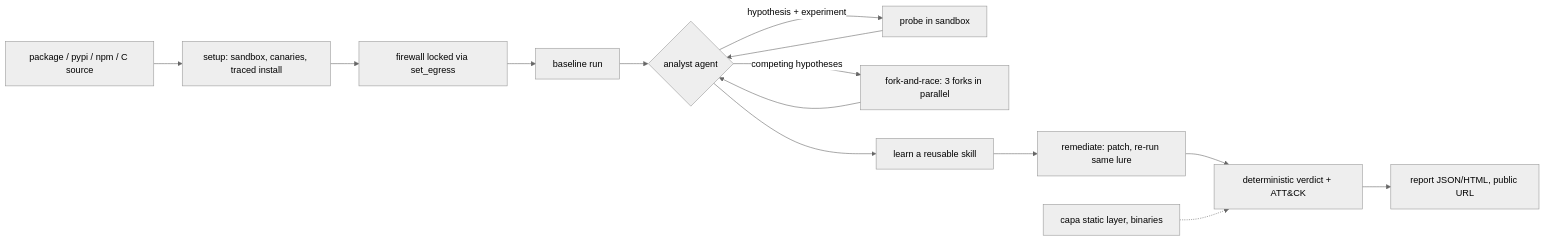
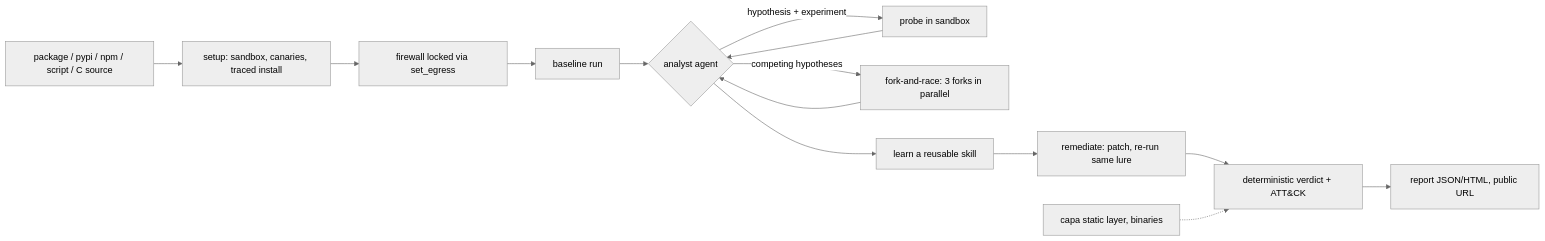
One commit to hatif03/createos-stripe-hackathon changed the diagram in README.md. Above: the diagram before and after it, drawn with Mermaid (neutral theme). The commit also changed other lines of this file and 2 other files, not shown here.

````diff
--- a/README.md
+++ b/README.md
@@ -55,16 +88,16 @@
 ```mermaid
 flowchart LR
-  T[package / pypi / npm / C source] --> S[setup: sandbox, canaries, traced install]
+  T[package / pypi / npm / script / C source] --> S[setup: sandbox, canaries, traced install]
   S --> L[firewall locked via set_egress]
   L --> B[baseline run]
   B --> A{analyst agent}
   A -->|hypothesis + experiment| P[probe in sandbox]
   A -->|competing hypotheses| R[fork-and-race: 3 forks in parallel]
   P --> A
   R --> A
   A --> M[learn a reusable skill]
   M --> X[remediate: patch, re-run same lure]
   X --> V[deterministic verdict + ATT&CK]
   V --> H[report JSON/HTML, public URL]
   C[capa static layer, binaries] -.-> V
 ```
````
